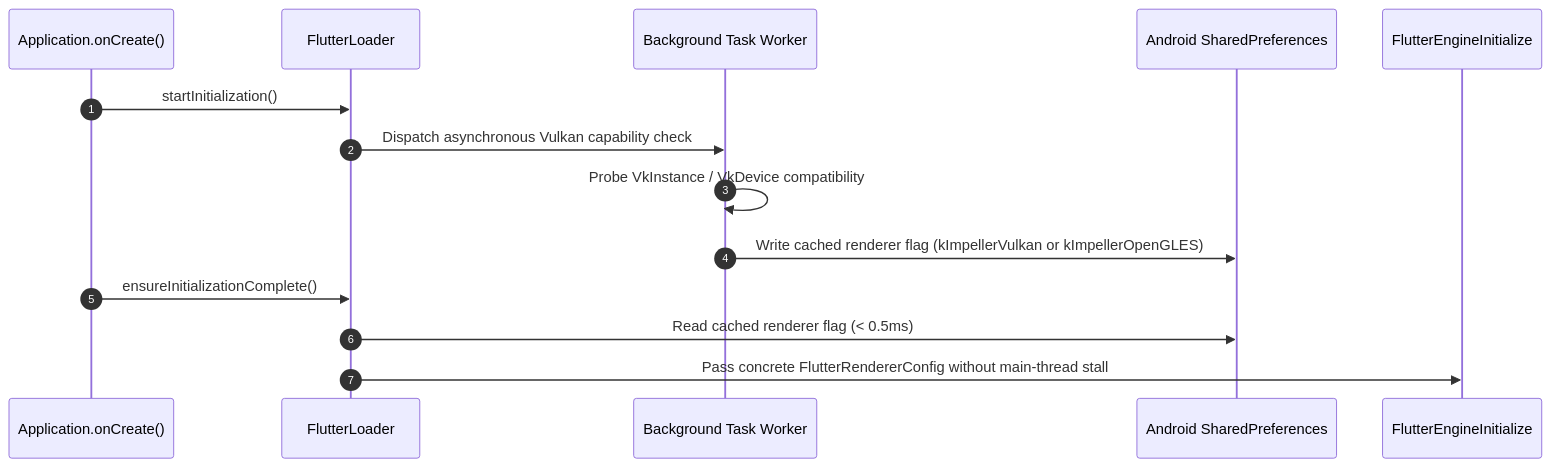
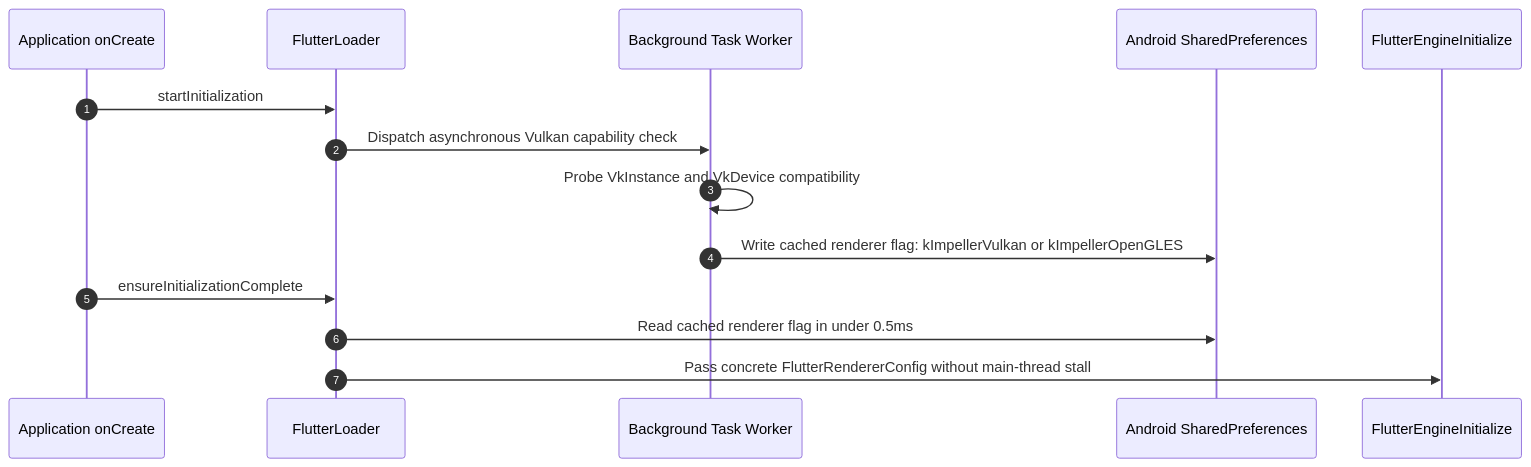
Before and after one commit to mboetger/rfc: the third of 12 diagrams in rfc/410.0000-flutter-android-embedder-c-api-migration.md, drawn with Mermaid. The commit also changed other lines of this file, not shown here.

Commit message:
docs(rfc): remove parentheses from mermaid diagrams to ensure robust rendering

````diff
--- a/rfc/410.0000-flutter-android-embedder-c-api-migration.md
+++ b/rfc/410.0000-flutter-android-embedder-c-api-migration.md
@@ -268,17 +268,17 @@
 ```mermaid
 sequenceDiagram
     autonumber
-    participant App as Application.onCreate()
+    participant App as Application onCreate
     participant Loader as FlutterLoader
     participant Worker as Background Task Worker
     participant Prefs as Android SharedPreferences
     participant Init as FlutterEngineInitialize
 
-    App->>Loader: startInitialization()
+    App->>Loader: startInitialization
     Loader->>Worker: Dispatch asynchronous Vulkan capability check
-    Worker->>Worker: Probe VkInstance / VkDevice compatibility
-    Worker->>Prefs: Write cached renderer flag (kImpellerVulkan or kImpellerOpenGLES)
-    App->>Loader: ensureInitializationComplete()
-    Loader->>Prefs: Read cached renderer flag (< 0.5ms)
+    Worker->>Worker: Probe VkInstance and VkDevice compatibility
+    Worker->>Prefs: Write cached renderer flag: kImpellerVulkan or kImpellerOpenGLES
+    App->>Loader: ensureInitializationComplete
+    Loader->>Prefs: Read cached renderer flag in under 0.5ms
     Loader->>Init: Pass concrete FlutterRendererConfig without main-thread stall
 ```
````
